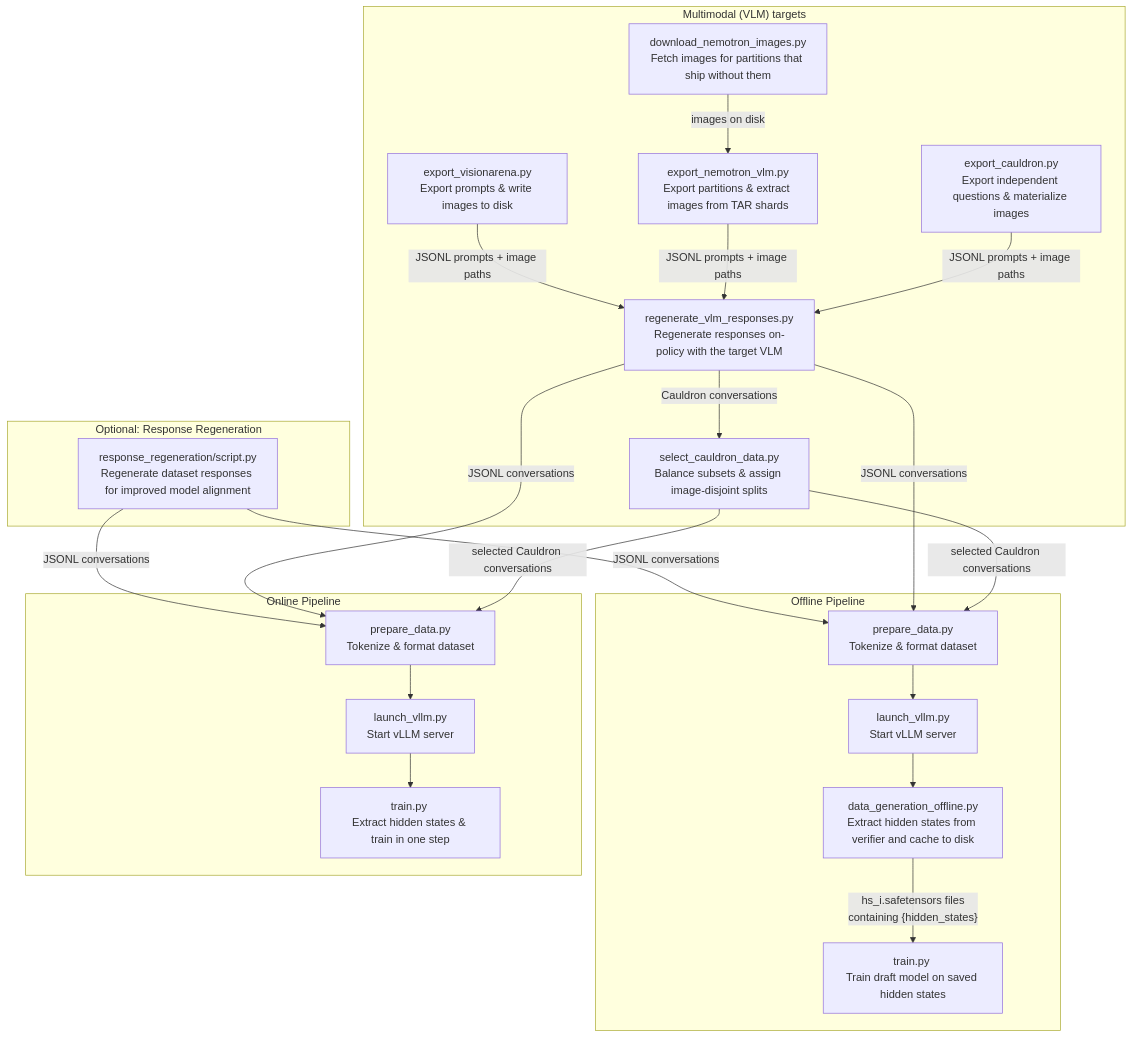
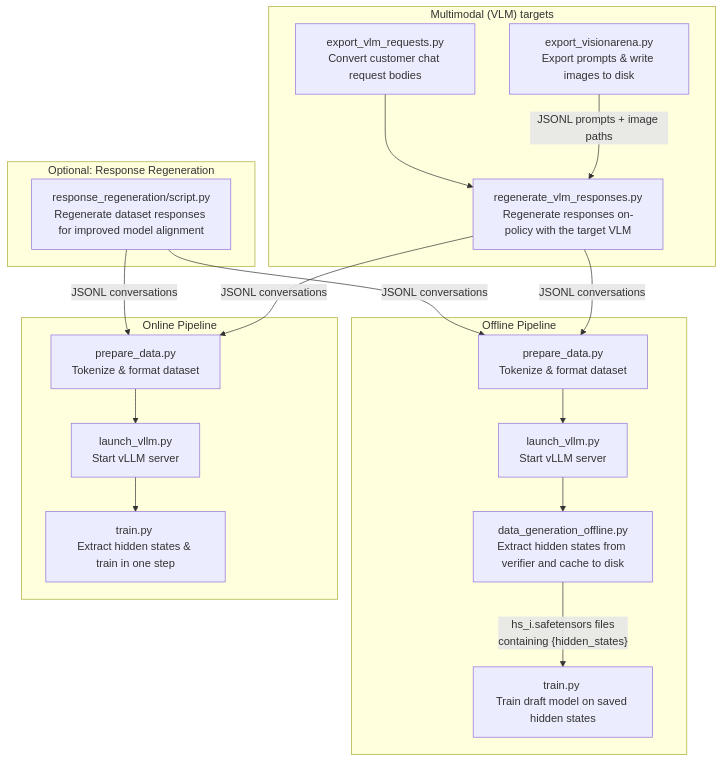
One commit to johncalesp/speculators changed the diagram in docs/cli/index.md. Above: the diagram before and after it, drawn with Mermaid. The commit also changed other lines of this file and 9 other files, not shown here.

Commit message:
Simplify VisionArena DFlash and add customer VLM request pipeline

````diff
--- a/docs/cli/index.md
+++ b/docs/cli/index.md
@@ -27,56 +24,46 @@
 ```mermaid
 flowchart TD
     subgraph optional ["Optional: Response Regeneration"]
         A["response_regeneration/script.py\nRegenerate dataset responses for improved model alignment"]
     end
 
     subgraph vlm ["Multimodal (VLM) targets"]
+        VR["export_vlm_requests.py\nConvert customer chat request bodies"]
+        VR --> V2
         V1["export_visionarena.py\nExport prompts & write images to disk"]
-        V3["export_nemotron_vlm.py\nExport partitions & extract images from TAR shards"]
-        V5["export_cauldron.py\nExport independent questions & materialize images"]
-        V6["select_cauldron_data.py\nBalance subsets & assign image-disjoint splits"]
-        V4["download_nemotron_images.py\nFetch images for partitions that ship without them"]
         V2["regenerate_vlm_responses.py\nRegenerate responses on-policy with the target VLM"]
-        V4 -- "images on disk" --> V3
         V1 -- "JSONL prompts + image paths" --> V2
-        V3 -- "JSONL prompts + image paths" --> V2
-        V5 -- "JSONL prompts + image paths" --> V2
-        V2 -- "Cauldron conversations" --> V6
     end
 
     subgraph offline ["Offline Pipeline"]
         B["prepare_data.py\nTokenize & format dataset"]
         C["launch_vllm.py\nStart vLLM server"]
         D["data_generation_offline.py\nExtract hidden states from verifier and cache to disk"]
         E["train.py \nTrain draft model on saved hidden states"]
     end
 
     subgraph online ["Online Pipeline"]
         F["prepare_data.py\nTokenize & format dataset"]
         G["launch_vllm.py\nStart vLLM server"]
         H["train.py \nExtract hidden states & train in one step"]
     end
 
     A -- "JSONL conversations" --> B
     A -- "JSONL conversations" --> F
     V2 -- "JSONL conversations" --> B
     V2 -- "JSONL conversations" --> F
-    V6 -- "selected Cauldron conversations" --> B
-    V6 -- "selected Cauldron conversations" --> F
     B --> C --> D -- "hs_i.safetensors files\ncontaining {hidden_states}" --> E
     F --> G --> H
 
     click B "prepare_data/" _self
     click F "prepare_data/" _self
     click C "launch_vllm/" _self
     click G "launch_vllm/" _self
     click D "data_generation_offline/" _self
     click E "train/" _self
     click A "response_regeneration/" _self
     click H "train/" _self
+    click VR "vlm_data/" _self
     click V1 "vlm_data/" _self
     click V2 "vlm_data/" _self
-    click V3 "vlm_data/" _self
-    click V5 "vlm_data/" _self
-    click V6 "vlm_data/" _self
 ```
````
